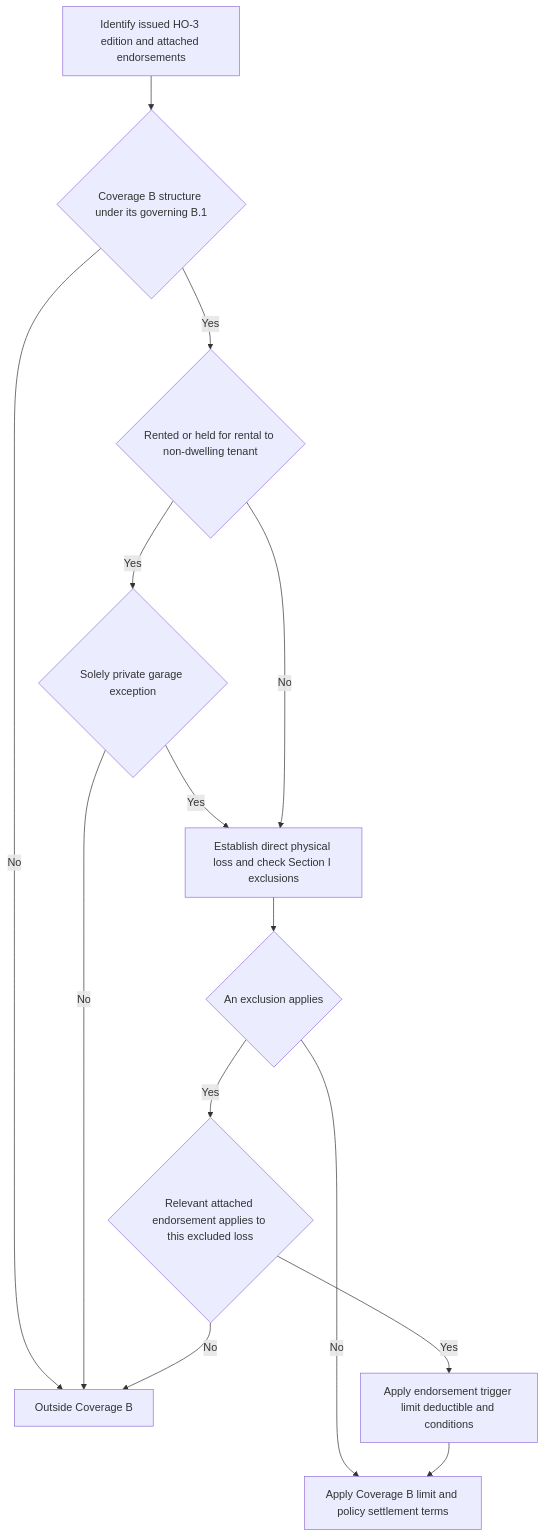
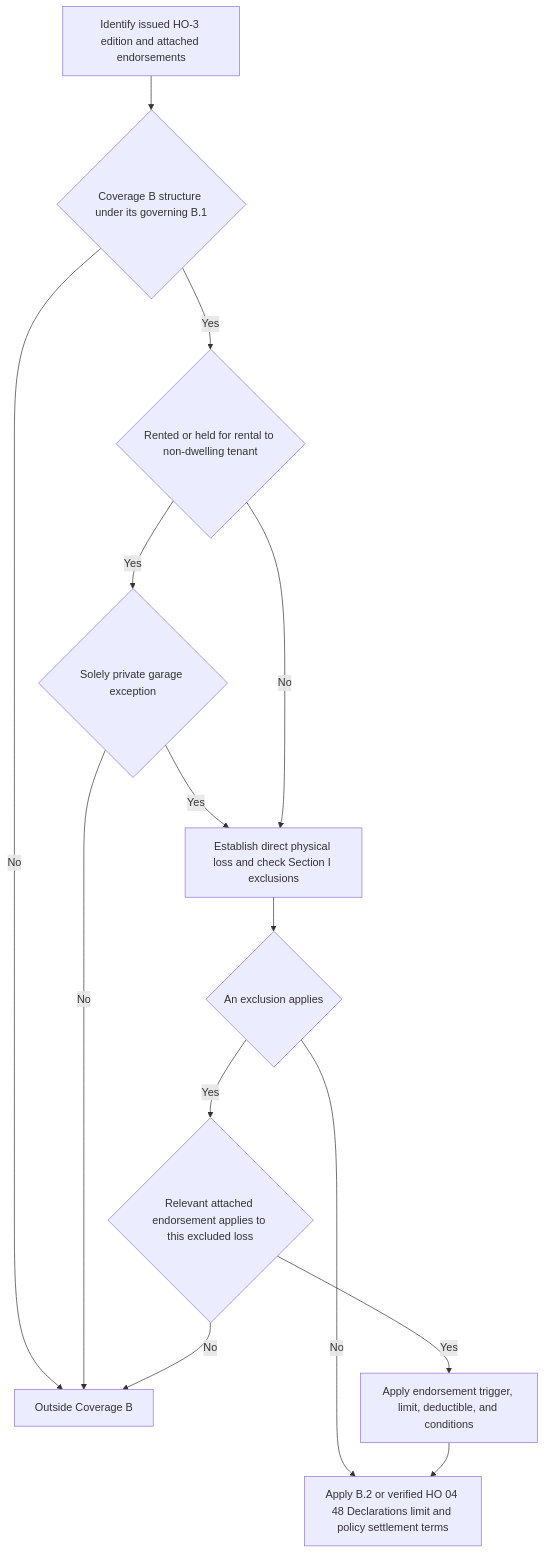
One commit to eugeneliu-86/openwiki-insurance-corpus changed the diagram in openwiki/coverage/coverage-b/other-structures.md. Above: the diagram before and after it, drawn with Mermaid. The commit also changed other lines of this file and 8 other files, not shown here.

````diff
--- a/openwiki/coverage/coverage-b/other-structures.md
+++ b/openwiki/coverage/coverage-b/other-structures.md
@@ -77,16 +87,16 @@
 ```mermaid
 flowchart TD
     Start["Identify issued HO-3 edition and attached endorsements"] --> Structure{"Coverage B structure under its governing B.1"}
     Structure -- No --> Outside["Outside Coverage B"]
     Structure -- Yes --> Rental{"Rented or held for rental to non-dwelling tenant"}
     Rental -- Yes --> Garage{"Solely private garage exception"}
     Garage -- No --> Outside
     Garage -- Yes --> Loss
     Rental -- No --> Loss["Establish direct physical loss and check Section I exclusions"]
     Loss --> Excluded{"An exclusion applies"}
-    Excluded -- No --> Limit["Apply Coverage B limit and policy settlement terms"]
+    Excluded -- No --> Limit["Apply B.2 or verified HO 04 48 Declarations limit and policy settlement terms"]
     Excluded -- Yes --> Endorsement{"Relevant attached endorsement applies to this excluded loss"}
     Endorsement -- No --> Outside
-    Endorsement -- Yes --> Terms["Apply endorsement trigger limit deductible and conditions"]
+    Endorsement -- Yes --> Terms["Apply endorsement trigger, limit, deductible, and conditions"]
     Terms --> Limit
 ```
````
